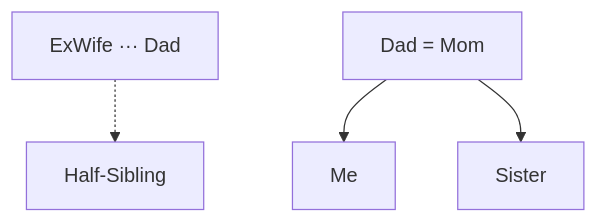
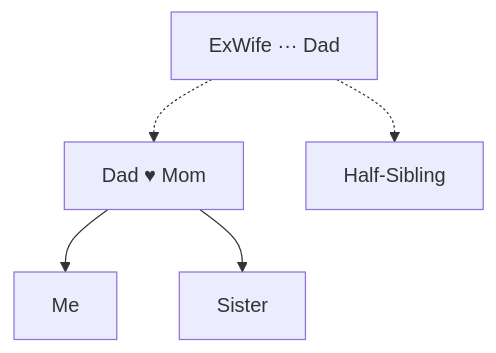
The third of 13 diagrams in lib/ancestry/people/CLAUDE.md (san650/ancestry), drawn with Mermaid before and after one commit. The commit also changed other lines of this file, not shown here.

Commit message:
Improve the graphs

````diff
--- a/lib/ancestry/people/CLAUDE.md
+++ b/lib/ancestry/people/CLAUDE.md
@@ -63,8 +65,9 @@
 ```mermaid
-graph TD
+flowchart TD
     ExCouple["ExWife ··· Dad"]
-    CurrentCouple["Dad = Mom"]
+    CurrentCouple["Dad ♥ Mom"]
+    ExCouple -.-> CurrentCouple
     ExCouple -.-> HalfSibling["Half-Sibling"]
     CurrentCouple --> Me
     CurrentCouple --> Sister
 ```
````
